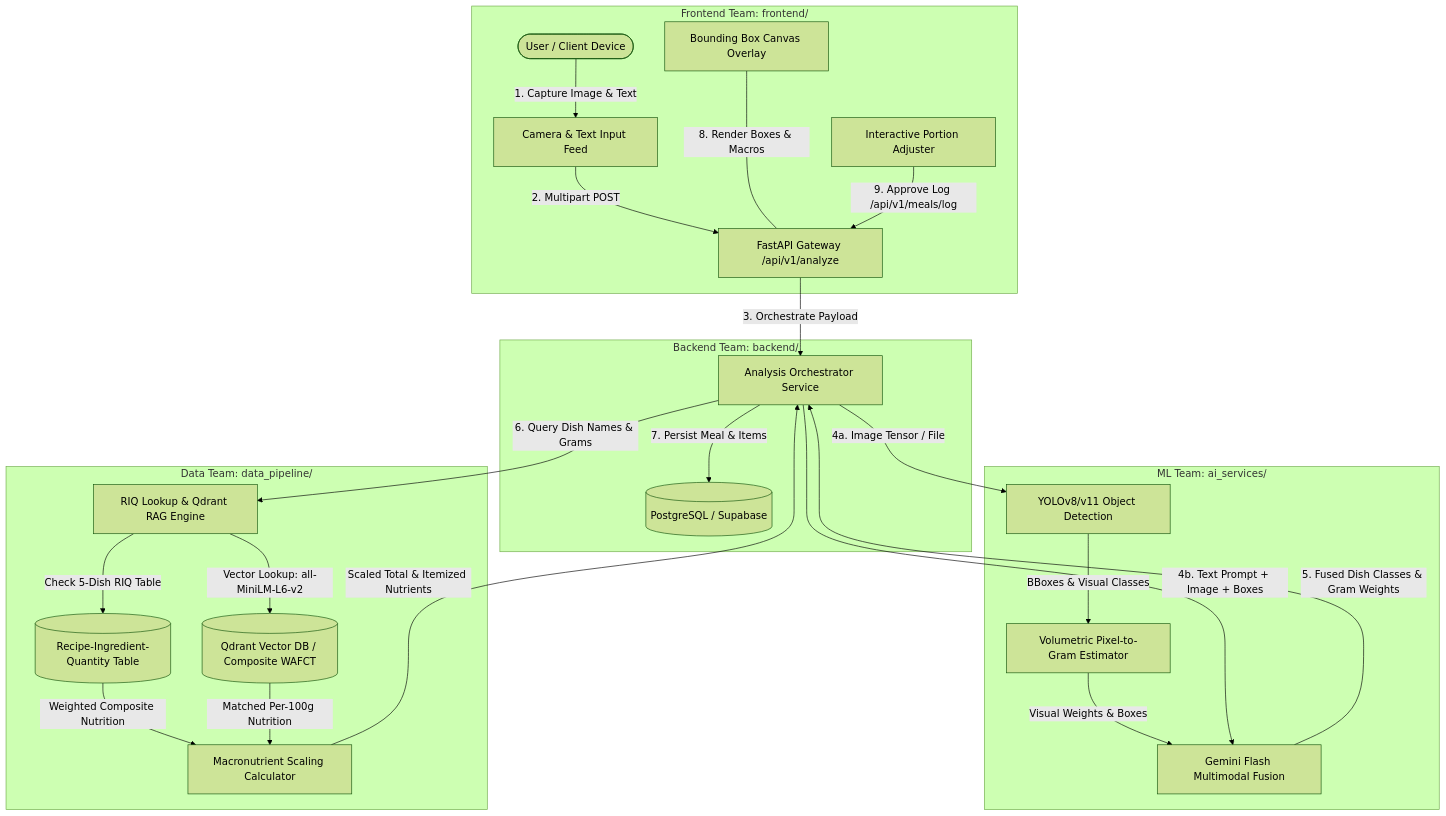
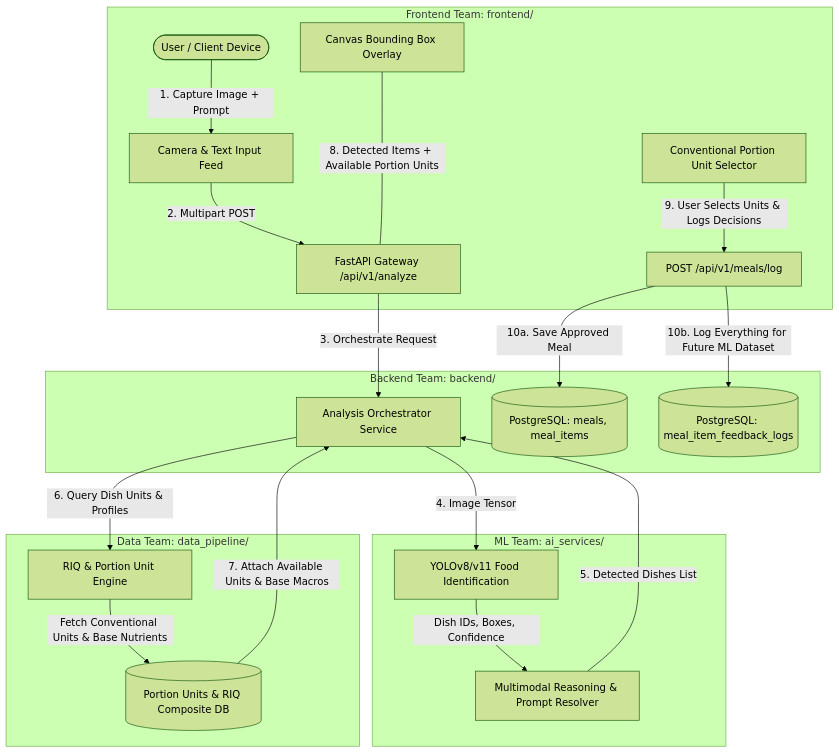
The diagram in PROJECT_ORCHESTRATION.md (Garvey17/docta), drawn with Mermaid (forest theme) before and after one commit. The commit also changed other lines of this file and 19 other files, not shown here.

Commit message:
data and rag update with new approach instructions for all sub teams

````diff
--- a/PROJECT_ORCHESTRATION.md
+++ b/PROJECT_ORCHESTRATION.md
@@ -34,31 +35,27 @@
 ```mermaid
 flowchart TD
     subgraph Client Layer [Frontend Team: frontend/]
-        User([User / Client Device]) -->|1. Capture Image & Text| CameraUI[Camera & Text Input Feed]
+        User([User / Client Device]) -->|1. Capture Image + Prompt| CameraUI[Camera & Text Input Feed]
         CameraUI -->|2. Multipart POST| API_Gateway[FastAPI Gateway /api/v1/analyze]
-        BBoxOverlay[Bounding Box Canvas Overlay] <---|8. Render Boxes & Macros| API_Gateway
-        PortionSlider[Interactive Portion Adjuster] -->|9. Approve Log /api/v1/meals/log| API_Gateway
+        BBoxOverlay[Canvas Bounding Box Overlay] <---|8. Detected Items + Available Portion Units| API_Gateway
+        UnitSelector[Conventional Portion Unit Selector] -->|9. User Selects Units & Logs Decisions| LogEndpoint[POST /api/v1/meals/log]
     end
 
     subgraph Service Layer [Backend Team: backend/]
-        API_Gateway -->|3. Orchestrate Payload| Orchestrator[Analysis Orchestrator Service]
-        Orchestrator -->|7. Persist Meal & Items| Postgres[(PostgreSQL / Supabase)]
+        API_Gateway -->|3. Orchestrate Request| Orchestrator[Analysis Orchestrator Service]
+        LogEndpoint -->|10a. Save Approved Meal| Postgres[(PostgreSQL: meals, meal_items)]
+        LogEndpoint -->|10b. Log Everything for Future ML Dataset| TelemetryStore[(PostgreSQL: meal_item_feedback_logs)]
     end
 
     subgraph AI Inference Layer [ML Team: ai_services/]
-        Orchestrator -->|4a. Image Tensor / File| YOLO[YOLOv8/v11 Object Detection]
-        YOLO -->|BBoxes & Visual Classes| VolumetricEngine[Volumetric Pixel-to-Gram Estimator]
-        VolumetricEngine -->|Visual Weights & Boxes| GeminiFusion[Gemini Flash Multimodal Fusion]
-        Orchestrator -->|4b. Text Prompt + Image + Boxes| GeminiFusion
-        GeminiFusion -->|5. Fused Dish Classes & Gram Weights| Orchestrator
+        Orchestrator -->|4. Image Tensor| YOLO[YOLOv8/v11 Food Identification]
+        YOLO -->|Dish IDs, Boxes, Confidence| GeminiFusion[Multimodal Reasoning & Prompt Resolver]
+        GeminiFusion -->|5. Detected Dishes List| Orchestrator
     end
 
     subgraph Knowledge Layer [Data Team: data_pipeline/]
-        Orchestrator -->|6. Query Dish Names & Grams| RAGEngine[RIQ Lookup & Qdrant RAG Engine]
-        RAGEngine -->|Check 5-Dish RIQ Table| RIQLookup[(Recipe-Ingredient-Quantity Table)]
-        RAGEngine -->|Vector Lookup: all-MiniLM-L6-v2| QdrantDB[(Qdrant Vector DB / Composite WAFCT)]
-        RIQLookup -->|Weighted Composite Nutrition| ScalingEngine[Macronutrient Scaling Calculator]
-        QdrantDB -->|Matched Per-100g Nutrition| ScalingEngine
-        ScalingEngine -->|Scaled Total & Itemized Nutrients| Orchestrator
+        Orchestrator -->|6. Query Dish Units & Profiles| RAGEngine[RIQ & Portion Unit Engine]
+        RAGEngine -->|Fetch Conventional Units & Base Nutrients| PortionDB[(Portion Units & RIQ Composite DB)]
+        PortionDB -->|7. Attach Available Units & Base Macros| Orchestrator
     end
 ```
````
